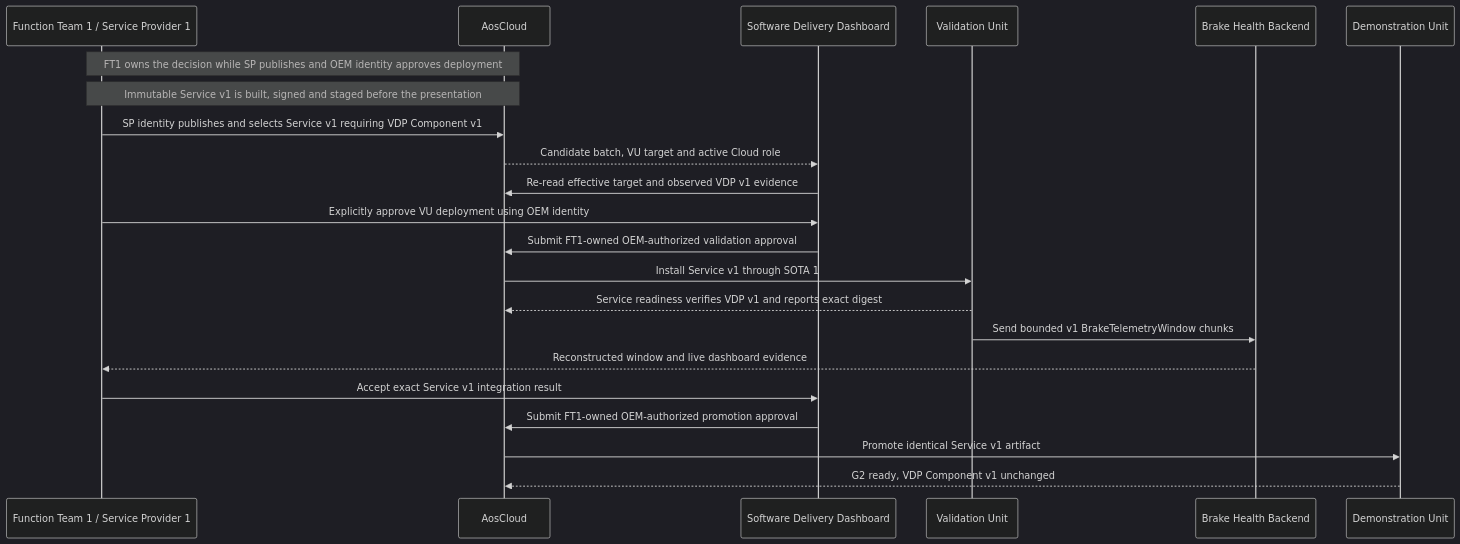
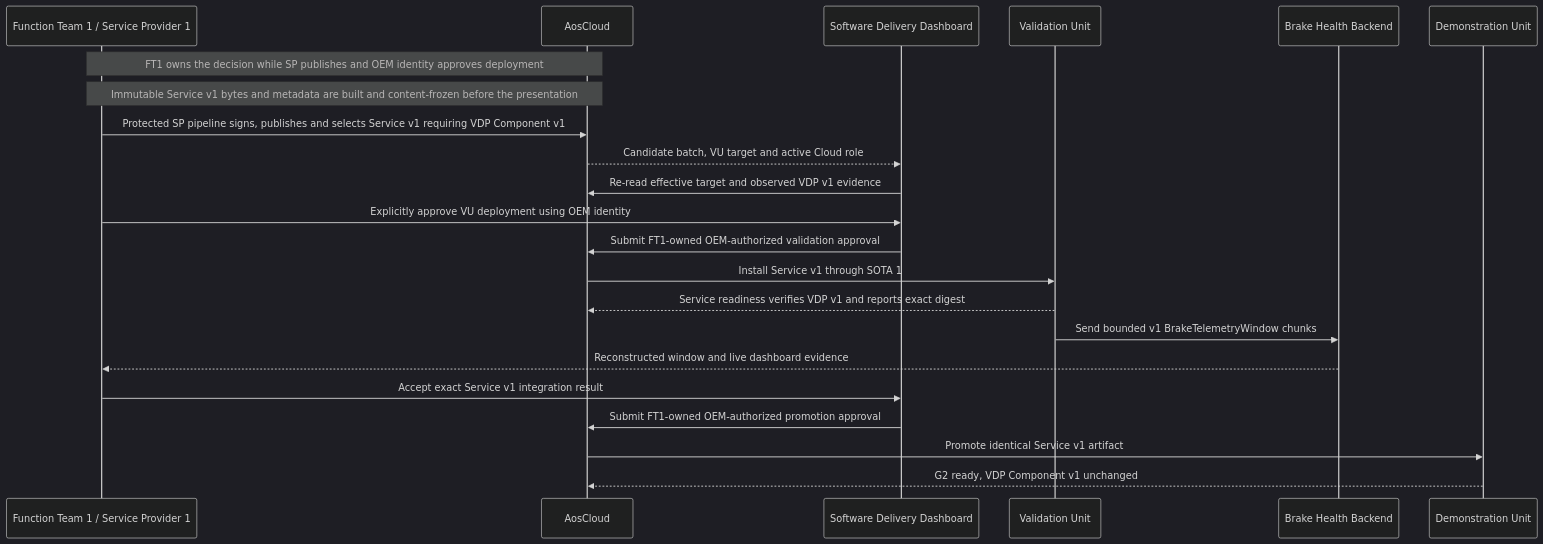
Before and after one commit to alexmaninblack/aosedge-sdv-demo: the ninth of 21 diagrams in docs/architecture/demo-scenario-architecture-flows.md, drawn with Mermaid (dark theme). The commit also changed other lines of this file and 72 other files, not shown here.

Commit message:
docs: checkpoint demo architecture and requirements baseline

````diff
--- a/docs/architecture/demo-scenario-architecture-flows.md
+++ b/docs/architecture/demo-scenario-architecture-flows.md
@@ -550,25 +571,25 @@
 ```mermaid
 sequenceDiagram
     participant FT1 as Function Team 1 / Service Provider 1
     participant AC as AosCloud
     participant SD as Software Delivery Dashboard
     participant VU as Validation Unit
     participant BE as Brake Health Backend
     participant DU as Demonstration Unit
 
     Note over FT1,AC: FT1 owns the decision while SP publishes and OEM identity approves deployment
-    Note over FT1,AC: Immutable Service v1 is built, signed and staged before the presentation
-    FT1->>AC: SP identity publishes and selects Service v1 requiring VDP Component v1
+    Note over FT1,AC: Immutable Service v1 bytes and metadata are built and content-frozen before the presentation
+    FT1->>AC: Protected SP pipeline signs, publishes and selects Service v1 requiring VDP Component v1
     AC-->>SD: Candidate batch, VU target and active Cloud role
     SD->>AC: Re-read effective target and observed VDP v1 evidence
     FT1->>SD: Explicitly approve VU deployment using OEM identity
     SD->>AC: Submit FT1-owned OEM-authorized validation approval
     AC->>VU: Install Service v1 through SOTA 1
     VU-->>AC: Service readiness verifies VDP v1 and reports exact digest
     VU->>BE: Send bounded v1 BrakeTelemetryWindow chunks
     BE-->>FT1: Reconstructed window and live dashboard evidence
     FT1->>SD: Accept exact Service v1 integration result
     SD->>AC: Submit FT1-owned OEM-authorized promotion approval
     AC->>DU: Promote identical Service v1 artifact
     DU-->>AC: G2 ready, VDP Component v1 unchanged
 ```
````
